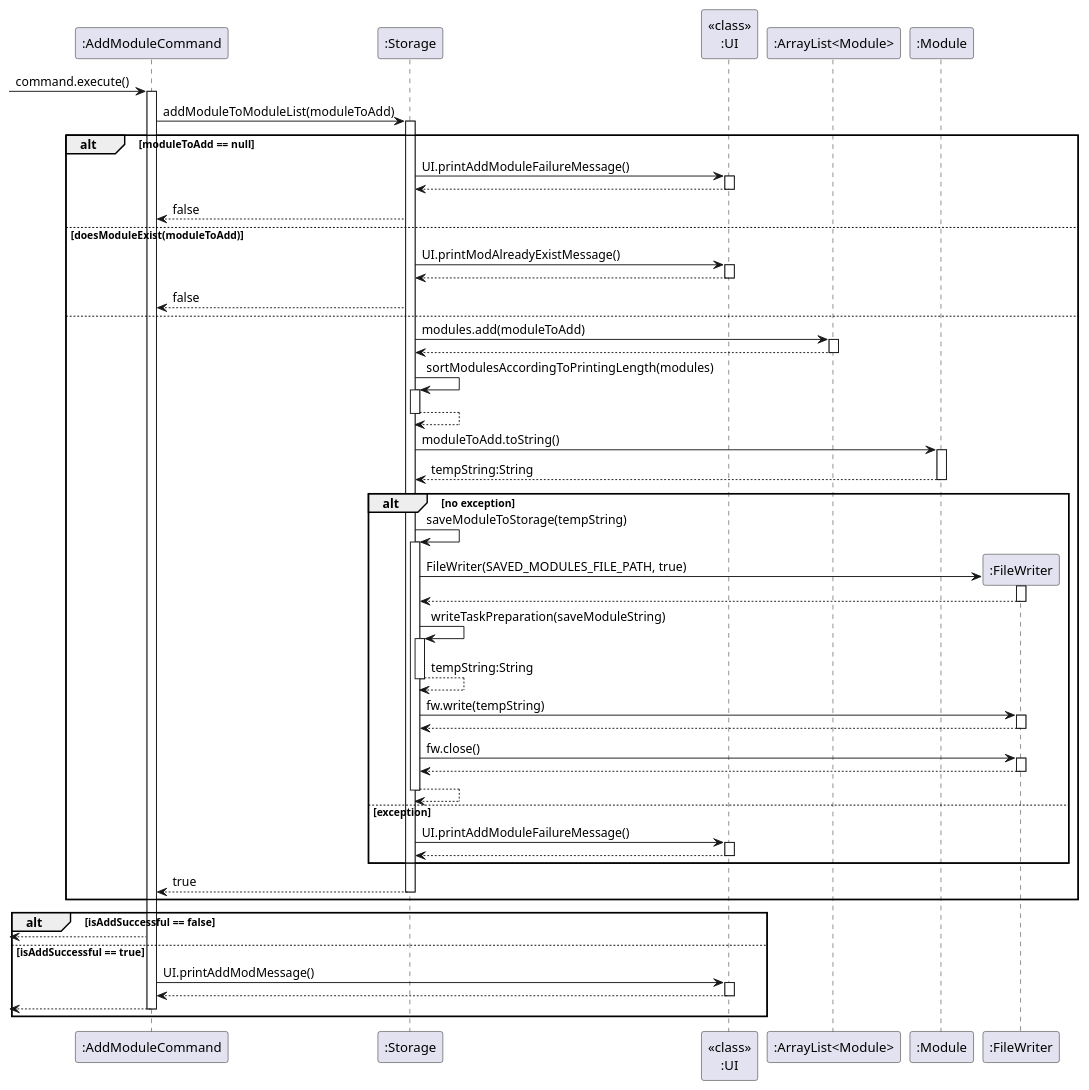
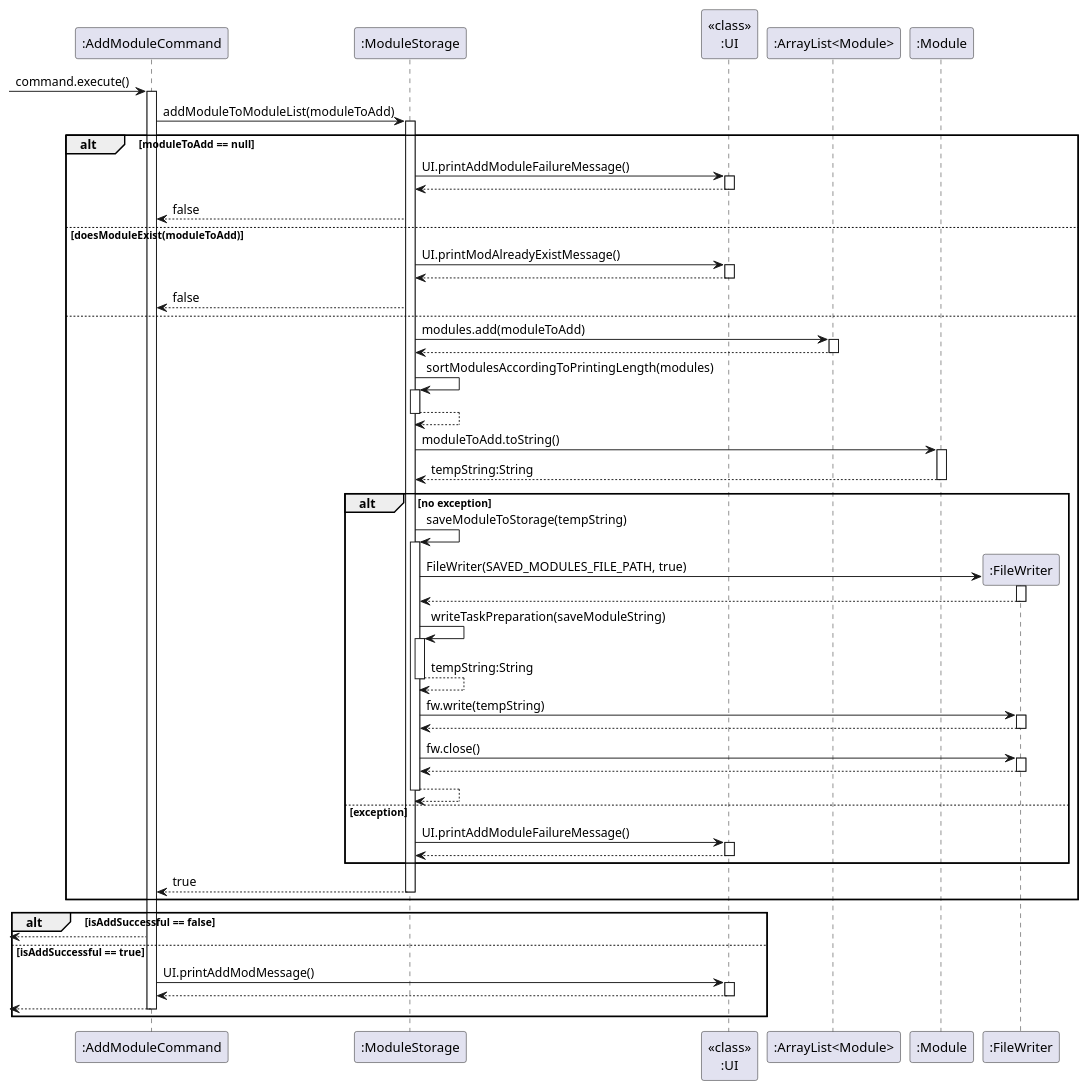
Before and after one commit to nus-cs2113-AY2223S2/tp: the diagram in docs/diagrams/Storage/StorageAddModule.puml, drawn with PlantUML.

Commit message:
Change Storage Class name to ModuleStorage in SD

```diff
--- a/docs/diagrams/Storage/StorageAddModule.puml
+++ b/docs/diagrams/Storage/StorageAddModule.puml
@@ -1,80 +1,80 @@
 @startuml
 'https://plantuml.com/sequence-diagram
 -> ":AddModuleCommand" : command.execute()
 activate ":AddModuleCommand"
-":AddModuleCommand" -> ":Storage" : addModuleToModuleList(moduleToAdd)
-activate ":Storage"
+":AddModuleCommand" -> ":ModuleStorage" : addModuleToModuleList(moduleToAdd)
+activate ":ModuleStorage"
 alt moduleToAdd == null
-":Storage" -> "<<class>>\n:UI" : UI.printAddModuleFailureMessage()
+":ModuleStorage" -> "<<class>>\n:UI" : UI.printAddModuleFailureMessage()
 activate "<<class>>\n:UI"
-":Storage" <-- "<<class>>\n:UI"
+":ModuleStorage" <-- "<<class>>\n:UI"
 deactivate "<<class>>\n:UI"
-":AddModuleCommand"<-- ":Storage" : false
+":AddModuleCommand"<-- ":ModuleStorage" : false
 
 else doesModuleExist(moduleToAdd)
-":Storage" -> "<<class>>\n:UI" : UI.printModAlreadyExistMessage()
+":ModuleStorage" -> "<<class>>\n:UI" : UI.printModAlreadyExistMessage()
 activate "<<class>>\n:UI"
-":Storage" <-- "<<class>>\n:UI"
+":ModuleStorage" <-- "<<class>>\n:UI"
 deactivate "<<class>>\n:UI"
-":AddModuleCommand"<-- ":Storage" : false
+":AddModuleCommand"<-- ":ModuleStorage" : false
 
 else
-":Storage" -> ":ArrayList<Module>" : modules.add(moduleToAdd)
+":ModuleStorage" -> ":ArrayList<Module>" : modules.add(moduleToAdd)
 activate ":ArrayList<Module>"
-":Storage" <-- ":ArrayList<Module>"
+":ModuleStorage" <-- ":ArrayList<Module>"
 deactivate ":ArrayList<Module>"
 
-":Storage" -> ":Storage": sortModulesAccordingToPrintingLength(modules)
-activate ":Storage"
-":Storage" --> ":Storage":
-deactivate ":Storage"
+":ModuleStorage" -> ":ModuleStorage": sortModulesAccordingToPrintingLength(modules)
+activate ":ModuleStorage"
+":ModuleStorage" --> ":ModuleStorage":
+deactivate ":ModuleStorage"
 
-":Storage" -> ":Module" : moduleToAdd.toString()
+":ModuleStorage" -> ":Module" : moduleToAdd.toString()
 activate ":Module"
-":Storage" <-- ":Module" : tempString:String
+":ModuleStorage" <-- ":Module" : tempString:String
 deactivate ":Module"
 
 alt no exception
-":Storage" -> ":Storage" : saveModuleToStorage(tempString)
-activate ":Storage"
+":ModuleStorage" -> ":ModuleStorage" : saveModuleToStorage(tempString)
+activate ":ModuleStorage"
 create ":FileWriter"
-":Storage" -> ":FileWriter" : FileWriter(SAVED_MODULES_FILE_PATH, true)
+":ModuleStorage" -> ":FileWriter" : FileWriter(SAVED_MODULES_FILE_PATH, true)
 activate ":FileWriter"
-":Storage" <-- ":FileWriter"
+":ModuleStorage" <-- ":FileWriter"
 deactivate ":FileWriter"
-":Storage" -> ":Storage" : writeTaskPreparation(saveModuleString)
-activate ":Storage"
-":Storage" --> ":Storage" : tempString:String
-deactivate ":Storage"
-":Storage" -> ":FileWriter" : fw.write(tempString)
+":ModuleStorage" -> ":ModuleStorage" : writeTaskPreparation(saveModuleString)
+activate ":ModuleStorage"
+":ModuleStorage" --> ":ModuleStorage" : tempString:String
+deactivate ":ModuleStorage"
+":ModuleStorage" -> ":FileWriter" : fw.write(tempString)
 activate ":FileWriter"
-":Storage" <-- ":FileWriter"
+":ModuleStorage" <-- ":FileWriter"
 deactivate ":FileWriter"
-":Storage" -> ":FileWriter" : fw.close()
+":ModuleStorage" -> ":FileWriter" : fw.close()
 activate ":FileWriter"
-":Storage" <-- ":FileWriter"
+":ModuleStorage" <-- ":FileWriter"
 deactivate ":FileWriter"
-":Storage" --> ":Storage"
-deactivate ":Storage"
+":ModuleStorage" --> ":ModuleStorage"
+deactivate ":ModuleStorage"
 else exception
-":Storage" -> "<<class>>\n:UI" :  UI.printAddModuleFailureMessage()
+":ModuleStorage" -> "<<class>>\n:UI" :  UI.printAddModuleFailureMessage()
 activate "<<class>>\n:UI"
-":Storage" <-- "<<class>>\n:UI"
+":ModuleStorage" <-- "<<class>>\n:UI"
 deactivate "<<class>>\n:UI"
 end
-":AddModuleCommand" <-- ":Storage" : true
-deactivate ":Storage"
+":AddModuleCommand" <-- ":ModuleStorage" : true
+deactivate ":ModuleStorage"
 end
 alt isAddSuccessful == false
 <-- ":AddModuleCommand"
 else isAddSuccessful == true
 ":AddModuleCommand" -> "<<class>>\n:UI" : UI.printAddModMessage()
 activate "<<class>>\n:UI"
 ":AddModuleCommand" <-- "<<class>>\n:UI"
 deactivate "<<class>>\n:UI"
 <-- ":AddModuleCommand"
 deactivate ":AddModuleCommand"
 end
 
 
 @enduml
```
